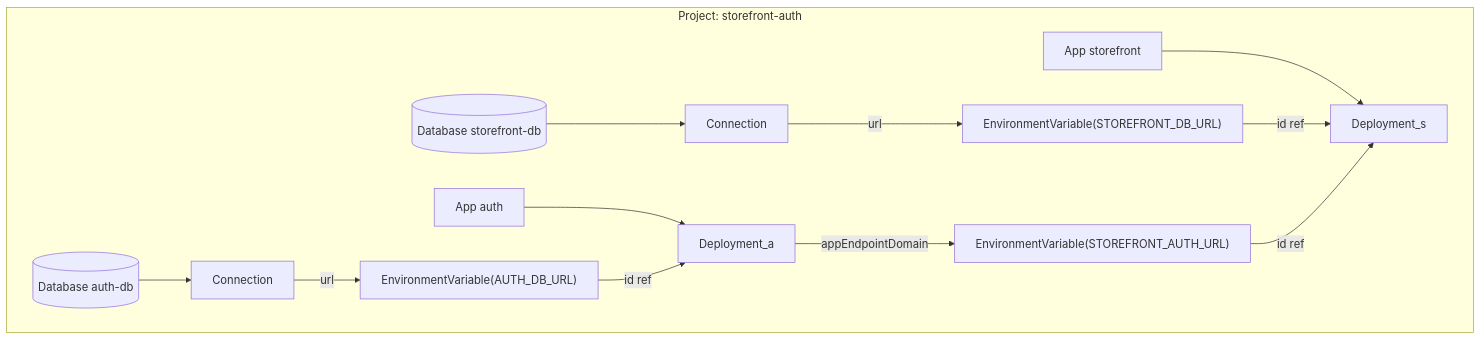
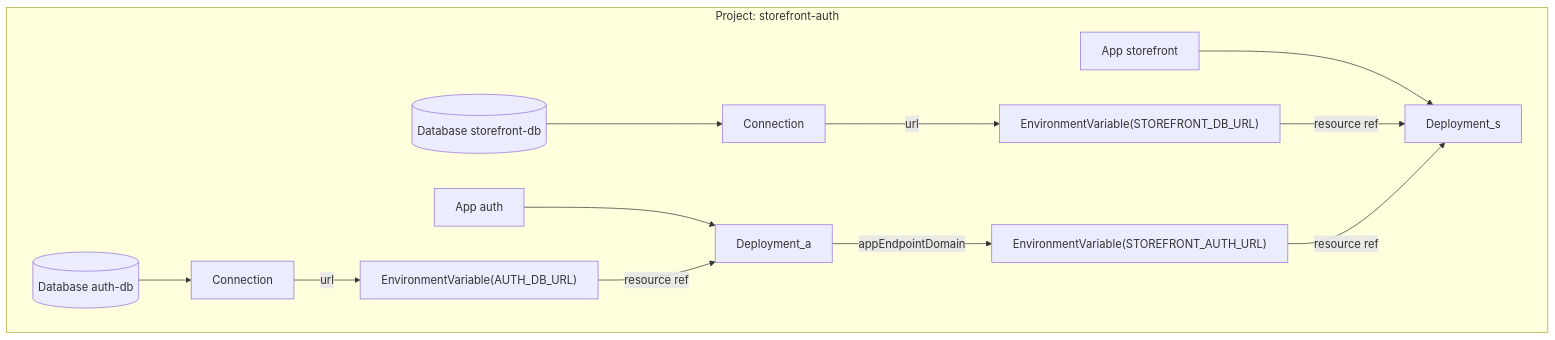
Before and after one commit to prisma/composer: the second of 2 diagrams in docs/design/05-prisma-cloud/alchemy-lowering.md, drawn with Mermaid.

Commit message:
docs(prisma-cloud): correct deployment dependency diagram
Address review feedback by labeling environment dependency edges as
resource references, matching the implementation and surrounding prose.

````diff
--- a/docs/design/05-prisma-cloud/alchemy-lowering.md
+++ b/docs/design/05-prisma-cloud/alchemy-lowering.md
@@ -162,13 +162,13 @@
 ```mermaid
 flowchart TB
   subgraph P [Project: storefront-auth]
     DBa[(Database auth-db)] --> Ca[Connection] -- url --> EVa["EnvironmentVariable(AUTH_DB_URL)"]
     DBs[(Database storefront-db)] --> Cs[Connection] -- url --> EVs["EnvironmentVariable(STOREFRONT_DB_URL)"]
     Sa[App auth] --> Da[Deployment_a]
     Ss[App storefront] --> Ds[Deployment_s]
-    EVa -- id ref --> Da
-    EVs -- id ref --> Ds
+    EVa -- resource ref --> Da
+    EVs -- resource ref --> Ds
     Da -- appEndpointDomain --> EVu["EnvironmentVariable(STOREFRONT_AUTH_URL)"]
-    EVu -- id ref --> Ds
+    EVu -- resource ref --> Ds
   end
 ```
````
